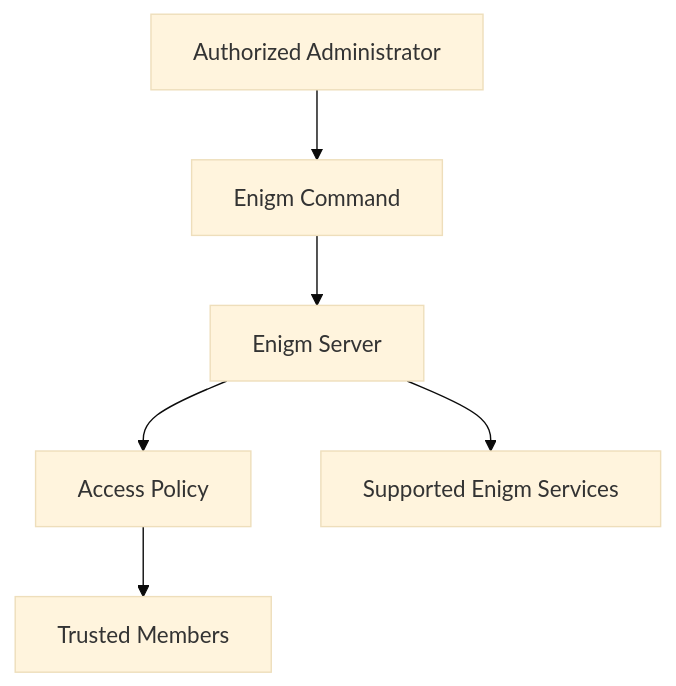
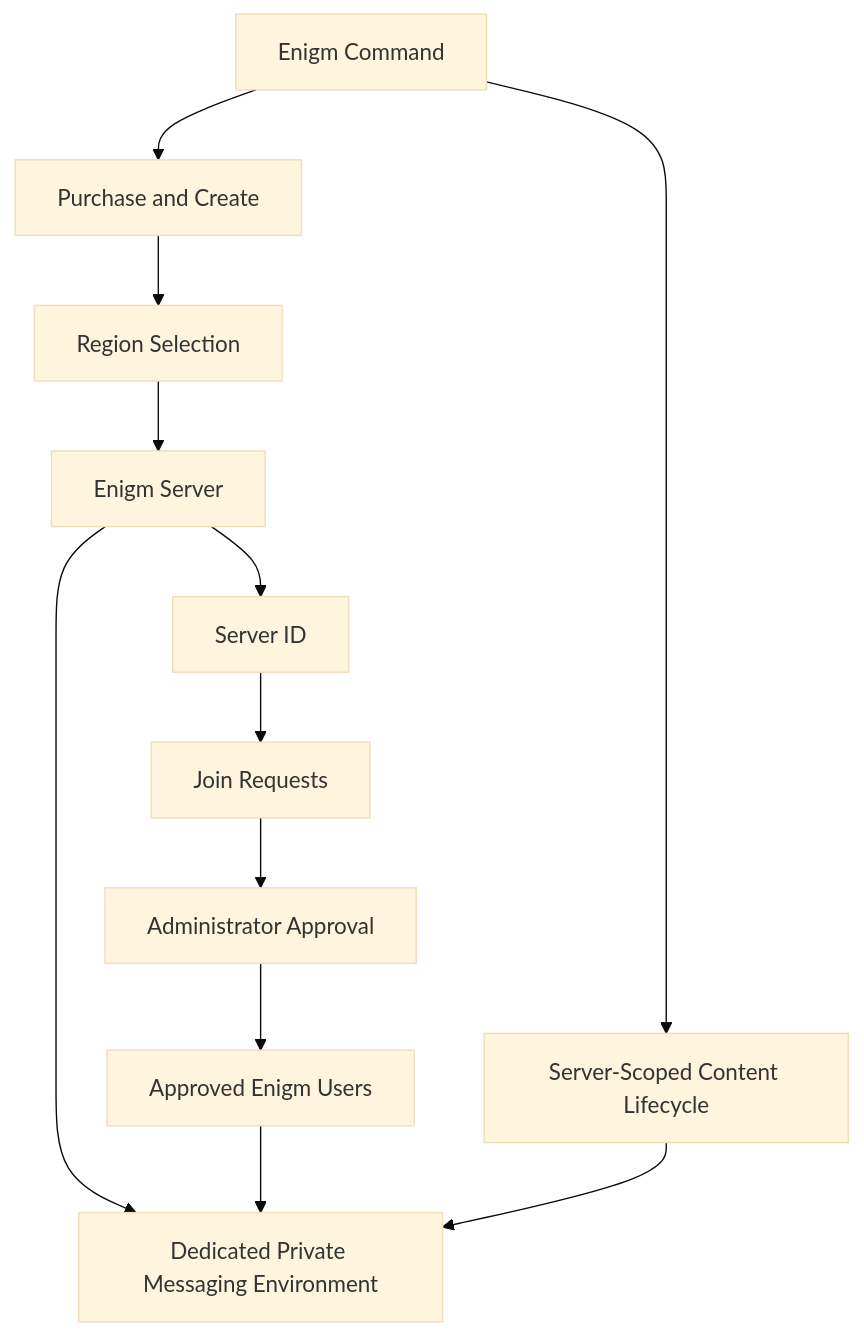
One commit to enigm-llc/docs changed the first of 2 diagrams in platform/private-environments.mdx. Above: the diagram before and after it, drawn with Mermaid (base theme). The commit also changed other lines of this file and 53 other files, not shown here.

````diff
--- a/platform/private-environments.mdx
+++ b/platform/private-environments.mdx
@@ -25,15 +36,21 @@
 ```mermaid
 flowchart TD
-  Admin["Authorized Administrator"]
-  Servers["Enigm Server"]
-  Policy["Access Policy"]
-  Members["Trusted Members"]
-  Services["Supported Enigm Services"]
-  Control["Enigm Command"]
+  Command["Enigm Command"]
+  Purchase["Purchase and Create"]
+  Region["Region Selection"]
+  Server["Enigm Server"]
+  ServerID["Server ID"]
+  Requests["Join Requests"]
+  Approval["Administrator Approval"]
+  Env["Dedicated Private Messaging Environment"]
+  Members["Approved Enigm Users"]
+  Lifecycle["Server-Scoped Content Lifecycle"]
 
-  Admin --> Control
-  Control --> Servers
-  Servers --> Policy
-  Policy --> Members
-  Servers --> Services
+  Command --> Purchase --> Region --> Server
+  Server --> Env
+  Server --> ServerID
+  ServerID --> Requests --> Approval --> Members
+  Members --> Env
+  Command --> Lifecycle
+  Lifecycle --> Env
 ```
````
